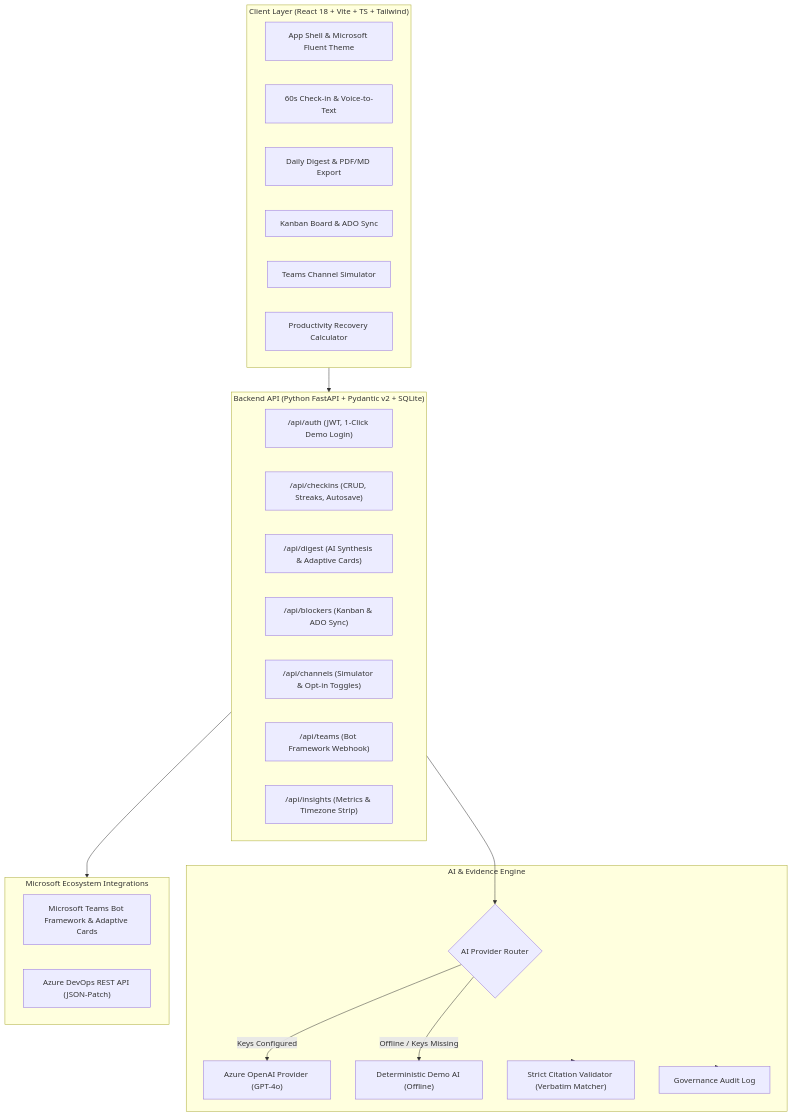
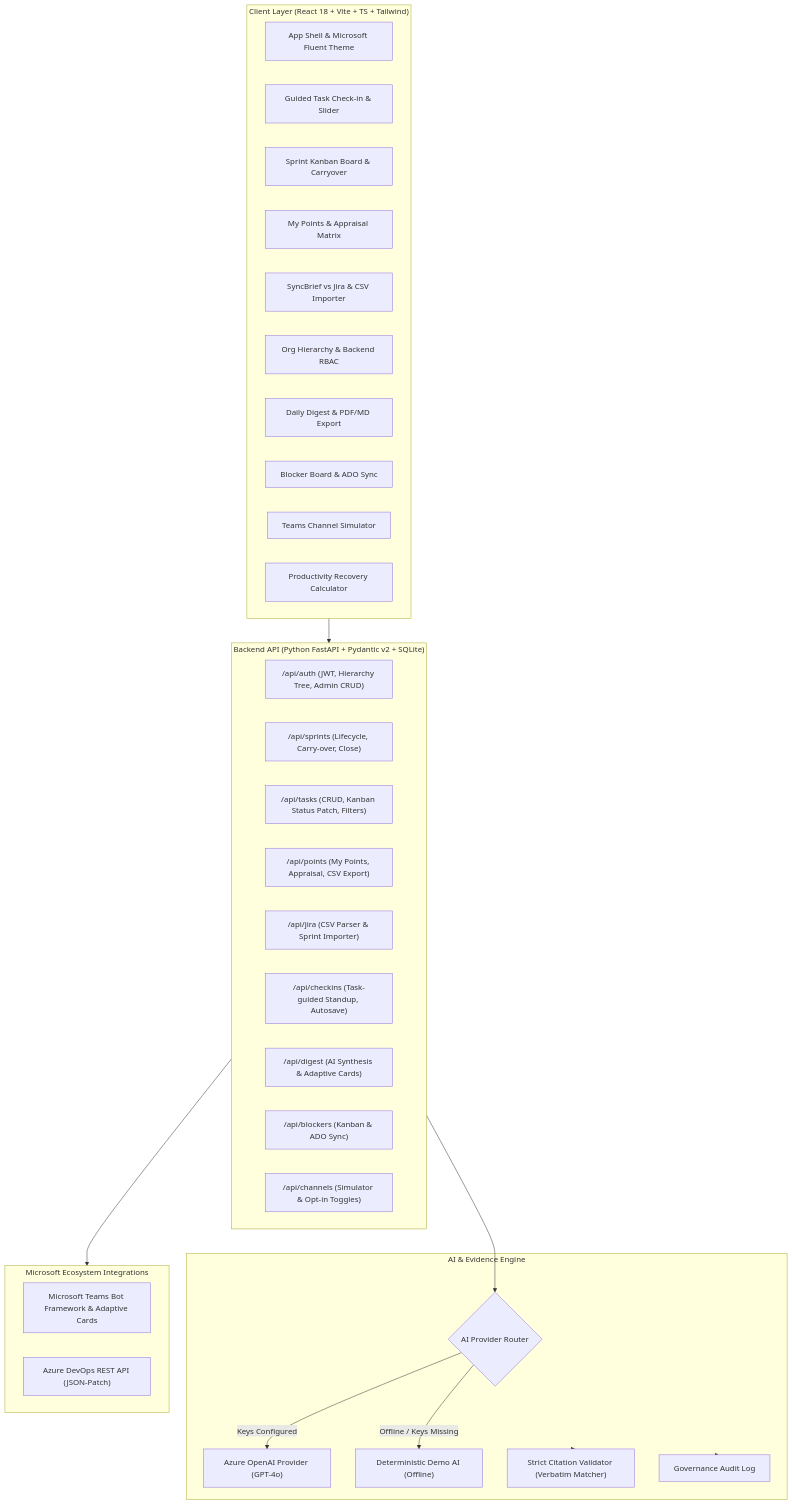
The first of 2 diagrams in README.md (ashutoshhtripathi/SyncBrief), drawn with Mermaid before and after one commit. The commit also changed other lines of this file and 97 other files, not shown here.

````diff
--- a/README.md
+++ b/README.md
@@ -28,42 +30,48 @@
 ```mermaid
 graph TD
     subgraph Client ["Client Layer (React 18 + Vite + TS + Tailwind)"]
         UI[App Shell & Microsoft Fluent Theme]
-        CheckinUI["60s Check-in & Voice-to-Text"]
+        CheckinUI["Guided Task Check-in & Slider"]
+        SprintUI["Sprint Kanban Board & Carryover"]
+        PointsUI["My Points & Appraisal Matrix"]
+        JiraUI["SyncBrief vs Jira & CSV Importer"]
+        HierarchyUI["Org Hierarchy & Backend RBAC"]
         DigestUI["Daily Digest & PDF/MD Export"]
-        KanbanUI["Kanban Board & ADO Sync"]
+        KanbanUI["Blocker Board & ADO Sync"]
         SimUI["Teams Channel Simulator"]
         InsightsUI["Productivity Recovery Calculator"]
     end
 
     subgraph Backend ["Backend API (Python FastAPI + Pydantic v2 + SQLite)"]
-        AuthAPI["/api/auth (JWT, 1-Click Demo Login)"]
-        CheckinAPI["/api/checkins (CRUD, Streaks, Autosave)"]
+        AuthAPI["/api/auth (JWT, Hierarchy Tree, Admin CRUD)"]
+        SprintAPI["/api/sprints (Lifecycle, Carry-over, Close)"]
+        TaskAPI["/api/tasks (CRUD, Kanban Status Patch, Filters)"]
+        PointsAPI["/api/points (My Points, Appraisal, CSV Export)"]
+        JiraAPI["/api/jira (CSV Parser & Sprint Importer)"]
+        CheckinAPI["/api/checkins (Task-guided Standup, Autosave)"]
         DigestAPI["/api/digest (AI Synthesis & Adaptive Cards)"]
         BlockerAPI["/api/blockers (Kanban & ADO Sync)"]
         ChannelsAPI["/api/channels (Simulator & Opt-in Toggles)"]
-        TeamsAPI["/api/teams (Bot Framework Webhook)"]
-        InsightsAPI["/api/insights (Metrics & Timezone Strip)"]
     end
 
     subgraph AI_Engine ["AI & Evidence Engine"]
         ProviderRouter{AI Provider Router}
         AzureOpenAI["Azure OpenAI Provider (GPT-4o)"]
         MockAI["Deterministic Demo AI (Offline)"]
         Validator["Strict Citation Validator (Verbatim Matcher)"]
         AuditTrail["Governance Audit Log"]
     end
 
     subgraph Microsoft_Ecosystem ["Microsoft Ecosystem Integrations"]
         TeamsBot["Microsoft Teams Bot Framework & Adaptive Cards"]
         ADO["Azure DevOps REST API (JSON-Patch)"]
     end
 
     Client --> Backend
     Backend --> ProviderRouter
     ProviderRouter -->|Keys Configured| AzureOpenAI
     ProviderRouter -->|Offline / Keys Missing| MockAI
     AI_Engine --> Validator
     AI_Engine --> AuditTrail
     Backend --> Microsoft_Ecosystem
 ```
````
